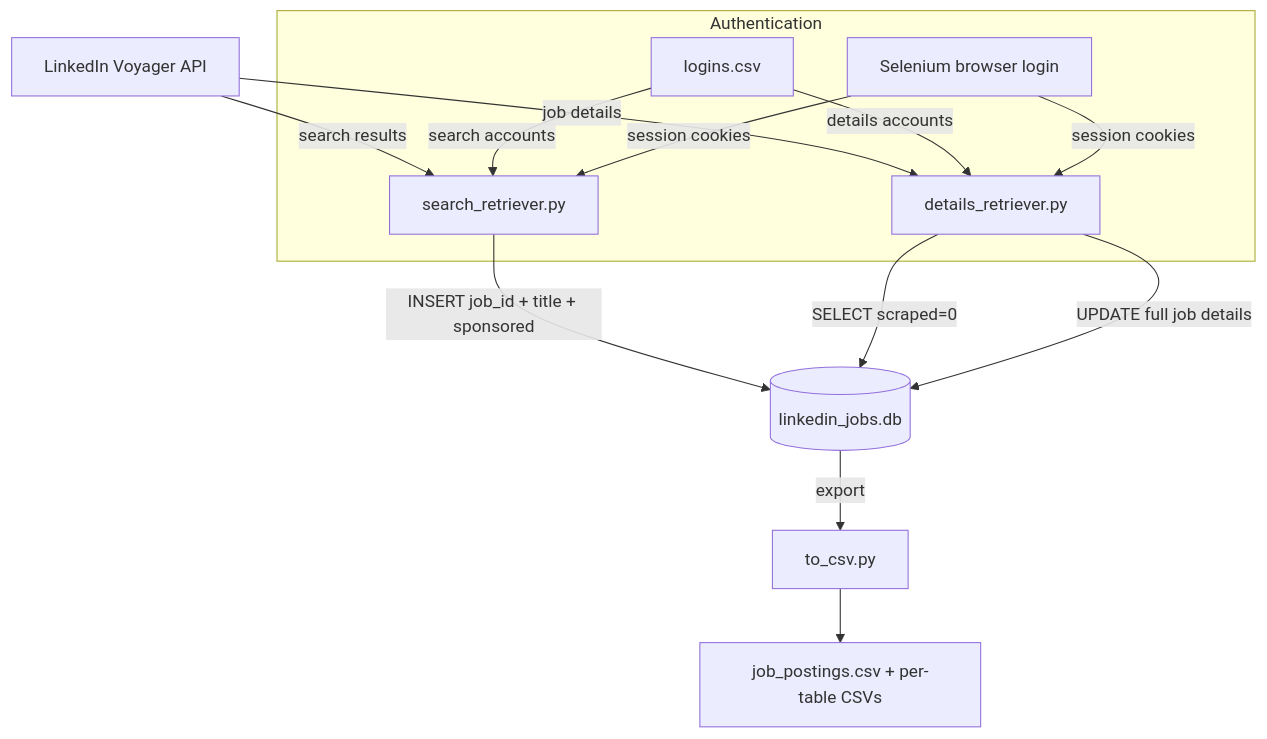
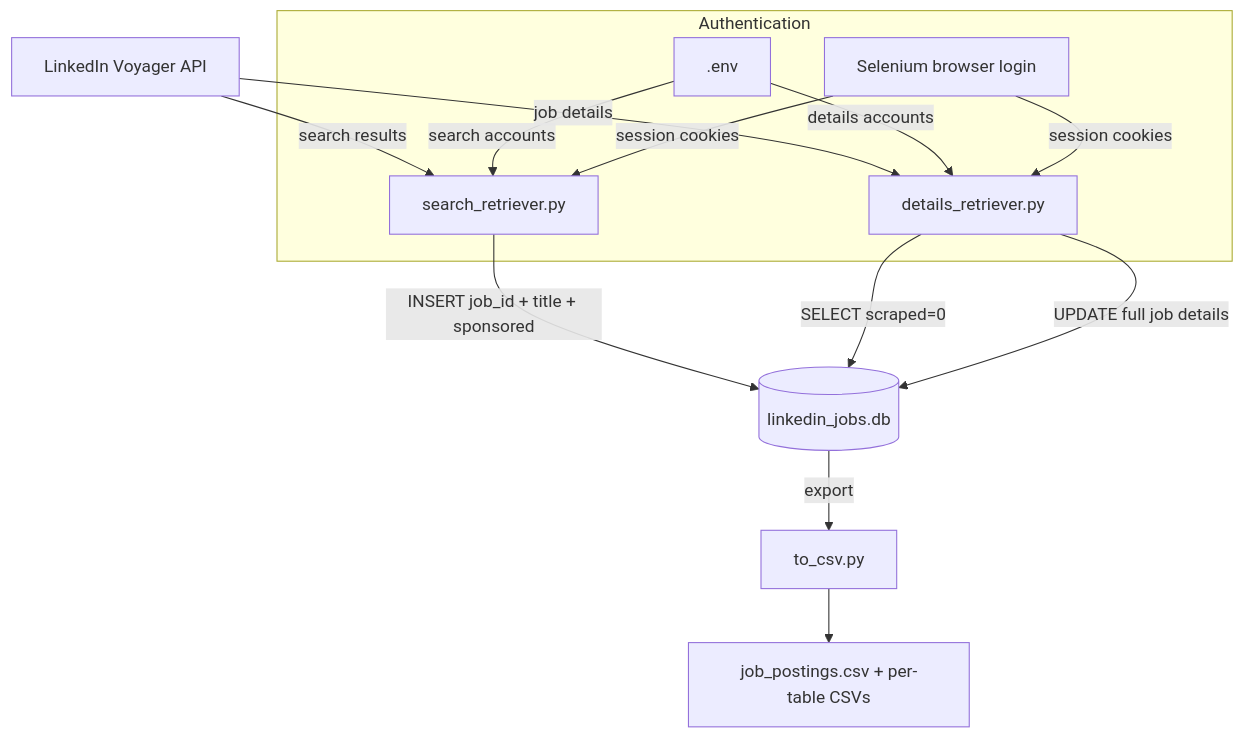
One commit to apojomovsky/LinkedIn-Job-Scraper changed the first of 3 diagrams in docs/overview.md. Above: the diagram before and after it, drawn with Mermaid. The commit also changed other lines of this file and 5 other files, not shown here.

First line of the commit message:
docs: update all references from logins.csv to .env

````diff
--- a/docs/overview.md
+++ b/docs/overview.md
@@ -7,19 +7,19 @@
 ```mermaid
 graph TD
     A[LinkedIn Voyager API] -->|search results| B[search_retriever.py]
     A -->|job details| C[details_retriever.py]
 
     B -->|INSERT job_id + title + sponsored| D[(linkedin_jobs.db)]
     C -->|SELECT scraped=0| D
     C -->|UPDATE full job details| D
 
     D -->|export| E[to_csv.py]
     E --> F[job_postings.csv + per-table CSVs]
 
     subgraph Authentication
-        G[logins.csv] -->|search accounts| B
+        G[.env] -->|search accounts| B
         G -->|details accounts| C
         H[Selenium browser login] -->|session cookies| B
         H -->|session cookies| C
     end
 ```
````
